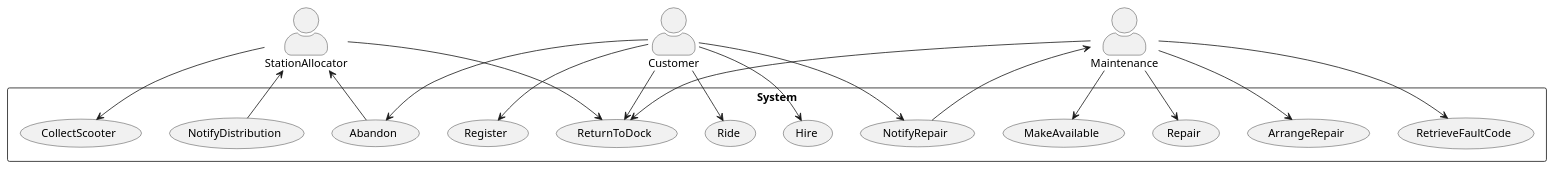
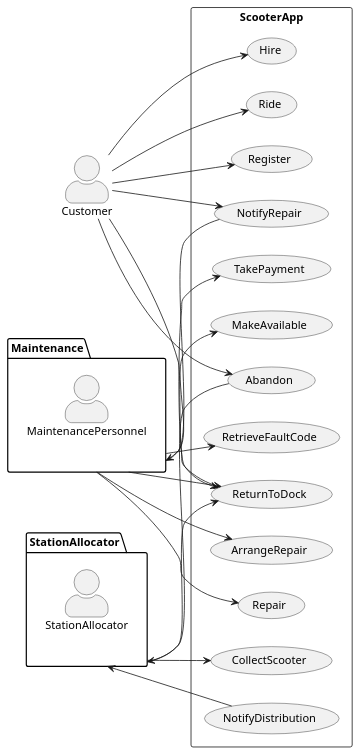
One commit to antonianwufo/mv_bootcamp changed the diagram in Electric_Scooter/useCase.puml. Above: the diagram before and after it, drawn with PlantUML. The commit also changed 6 other files, not shown here.

```diff
--- a/Electric_Scooter/useCase.puml
+++ b/Electric_Scooter/useCase.puml
@@ -1,49 +1,55 @@
 @startuml
 
 skinparam actorStyle awesome
 
-top to bottom direction
+left to right direction
 
-actor StationAllocator
 actor Customer
-actor Maintenance
+package Maintenance {
+    actor MaintenancePersonnel as m
+}
+package StationAllocator {
+    actor StationAllocator as s
+}
 
 
-rectangle System {
+rectangle ScooterApp {
 usecase Register
 usecase Hire
 usecase Ride
 usecase ReturnToDock
+usecase TakePayment
 usecase Abandon
 usecase NotifyRepair
 ' rectangle Maintenance {
 usecase RetrieveFaultCode
 usecase ArrangeRepair
 usecase Repair
 usecase MakeAvailable
 ' rectangle Maintenance {
 ' usecase NotifyAbandonedScooter
 usecase NotifyDistribution
 usecase CollectScooter
 
 Customer --> Register
 Customer --> Hire
 Customer --> Ride
 Customer --> Abandon
 Customer --> ReturnToDock
 Customer --> NotifyRepair
 
 Maintenance <-- NotifyRepair
 Maintenance --> RetrieveFaultCode
 Maintenance --> ArrangeRepair
 Maintenance --> Repair
 Maintenance --> ReturnToDock
 Maintenance --> MakeAvailable
 
 StationAllocator <-- NotifyDistribution
 StationAllocator <-- Abandon
 StationAllocator --> CollectScooter
 StationAllocator --> ReturnToDock
 
+ReturnToDock -> TakePayment
 }
 @enduml
```
